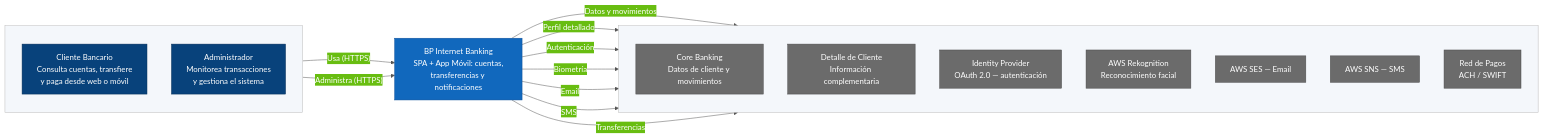
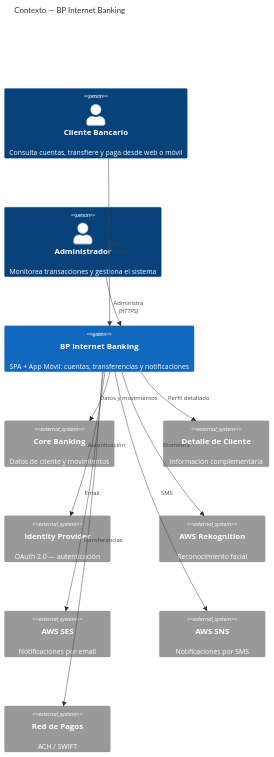
One commit to DavidVique1998/CV changed the first of 11 diagrams in docs/origin/BP_BANKING_ARCHITECTURE.md. Above: the diagram before and after it, drawn with Mermaid. The commit also changed 1 other file, not shown here.

Commit message:
docs: restore C4Context syntax on diagram 1 — proper Person/System shapes

````diff
--- a/docs/origin/BP_BANKING_ARCHITECTURE.md
+++ b/docs/origin/BP_BANKING_ARCHITECTURE.md
@@ -19,40 +19,27 @@
 ```mermaid
-%%{init: {'theme': 'base', 'themeVariables': {'primaryColor': '#1168bd', 'primaryTextColor': '#ffffff', 'primaryBorderColor': '#0b4e99', 'lineColor': '#555555', 'clusterBkg': '#f4f7fb', 'clusterBorder': '#bbbbbb'}}}%%
-flowchart LR
-    classDef person fill:#08427b,stroke:#052e56,color:#ffffff
-    classDef system fill:#1168bd,stroke:#0b4e99,color:#ffffff
-    classDef ext fill:#6b6b6b,stroke:#4a4a4a,color:#ffffff
+C4Context
+  title Contexto — BP Internet Banking
 
-    subgraph personas[" "]
-        direction TB
-        customer["Cliente Bancario\nConsulta cuentas, transfiere\ny paga desde web o móvil"]
-        admin["Administrador\nMonitorea transacciones\ny gestiona el sistema"]
-    end
+  Person(customer, "Cliente Bancario", "Consulta cuentas, transfiere y paga desde web o móvil")
+  Person(admin, "Administrador", "Monitorea transacciones y gestiona el sistema")
 
-    bp["BP Internet Banking\nSPA + App Móvil: cuentas,\ntransferencias y notificaciones"]
+  System(bp, "BP Internet Banking", "SPA + App Móvil: cuentas, transferencias y notificaciones")
 
-    subgraph externos[" "]
-        direction TB
-        core["Core Banking\nDatos de cliente y movimientos"]
-        detail["Detalle de Cliente\nInformación complementaria"]
-        idp["Identity Provider\nOAuth 2.0 — autenticación"]
-        rekognition["AWS Rekognition\nReconocimiento facial"]
-        ses["AWS SES — Email"]
-        sns["AWS SNS — SMS"]
-        payments["Red de Pagos\nACH / SWIFT"]
-    end
+  System_Ext(core, "Core Banking", "Datos de cliente y movimientos")
+  System_Ext(detail, "Detalle de Cliente", "Información complementaria")
+  System_Ext(idp, "Identity Provider", "OAuth 2.0 — autenticación")
+  System_Ext(rekognition, "AWS Rekognition", "Reconocimiento facial")
+  System_Ext(ses, "AWS SES", "Notificaciones por email")
+  System_Ext(sns, "AWS SNS", "Notificaciones por SMS")
+  System_Ext(payments, "Red de Pagos", "ACH / SWIFT")
 
-    customer -->|"Usa (HTTPS)"| bp
-    admin -->|"Administra (HTTPS)"| bp
-    bp -->|"Datos y movimientos"| core
-    bp -->|"Perfil detallado"| detail
-    bp -->|"Autenticación"| idp
-    bp -->|"Biometría"| rekognition
-    bp -->|"Email"| ses
-    bp -->|"SMS"| sns
-    bp -->|"Transferencias"| payments
-
-    class customer,admin person
-    class bp system
-    class core,detail,idp,rekognition,ses,sns,payments ext
+  Rel(customer, bp, "Usa", "HTTPS")
+  Rel(admin, bp, "Administra", "HTTPS")
+  Rel(bp, core, "Datos y movimientos")
+  Rel(bp, detail, "Perfil detallado")
+  Rel(bp, idp, "Autenticación")
+  Rel(bp, rekognition, "Biometría")
+  Rel(bp, ses, "Email")
+  Rel(bp, sns, "SMS")
+  Rel(bp, payments, "Transferencias")
 ```
````
